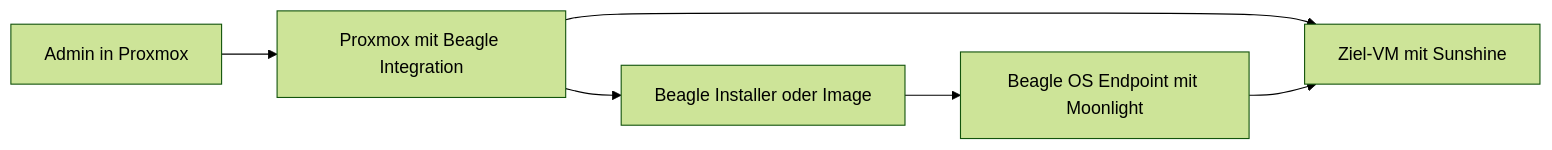
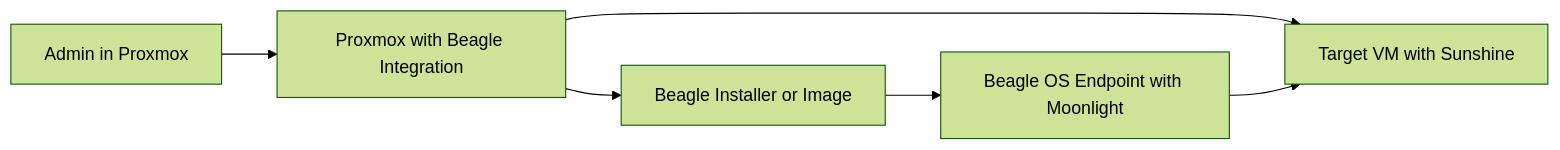
Before and after one commit to meinzeug/beagle-os: the diagram in README.md, drawn with Mermaid (forest theme). The commit also changed other lines of this file, not shown here.

````diff
--- a/README.md
+++ b/README.md
@@ -163,14 +39,14 @@
 ```mermaid
 flowchart LR
     Admin[Admin in Proxmox]
-    PVE[Proxmox mit Beagle Integration]
-    VM[Ziel-VM mit Sunshine]
-    Artifact[Beagle Installer oder Image]
-    Client[Beagle OS Endpoint mit Moonlight]
+    PVE[Proxmox with Beagle Integration]
+    VM[Target VM with Sunshine]
+    Artifact[Beagle Installer or Image]
+    Client[Beagle OS Endpoint with Moonlight]
 
     Admin --> PVE
     PVE --> VM
     PVE --> Artifact
     Artifact --> Client
     Client --> VM
 ```
````
